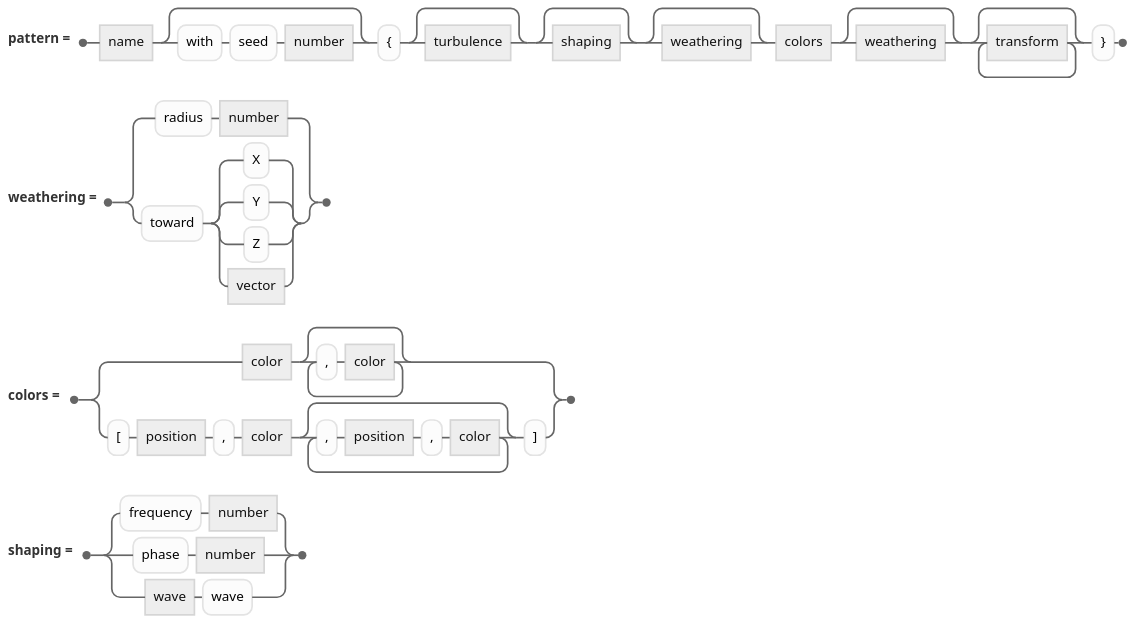
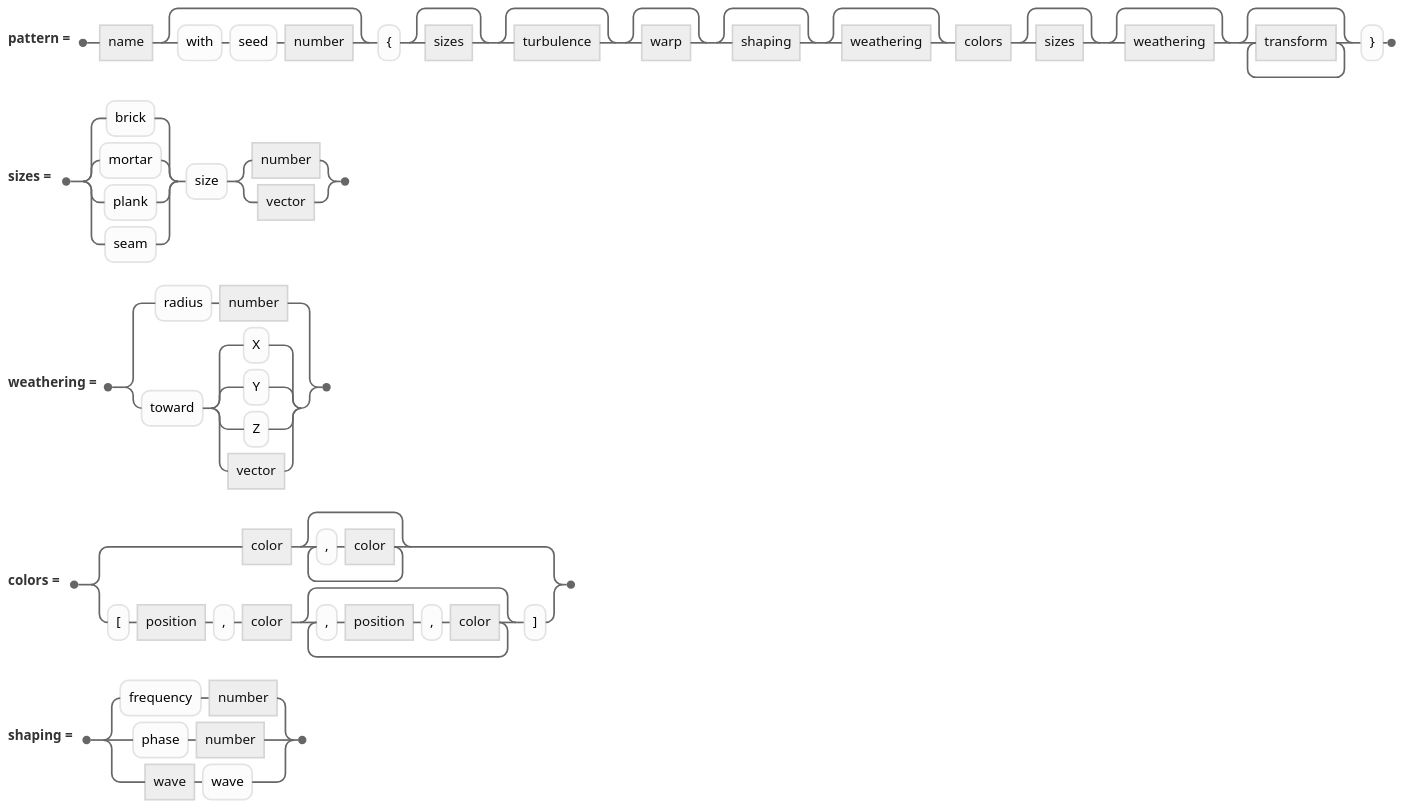
The diagram in docs/diagrams/pigments/patternClause.mmd (jskress/RayTracer), drawn with Mermaid (neutral theme) before and after one commit. The commit also changed 32 other files, not shown here.

```diff
--- a/docs/diagrams/pigments/patternClause.mmd
+++ b/docs/diagrams/pigments/patternClause.mmd
@@ -1,11 +1,13 @@
 railroad-ebnf-beta
 title "A pattern pigment"
 
-pattern = name [ "with" "seed" number ] "{" [ turbulence ] [ shaping ] [ weathering ] colors [ weathering ]
-          { transform } "}" ;
+pattern = name [ "with" "seed" number ] "{" [ sizes ] [ turbulence ] [ warp ] [ shaping ] [ weathering ] colors
+          [ sizes ] [ weathering ] { transform } "}" ;
+
+sizes = ( "brick" | "mortar" | "plank" | "seam" ) "size" ( number | vector ) ;
 
 weathering = "radius" number | "toward" ( "X" | "Y" | "Z" | vector ) ;
 
 colors = color { "," color } | "[" position "," color { "," position "," color } "]" ;
 
 shaping = "frequency" number | "phase" number | wave "wave" ;
```
